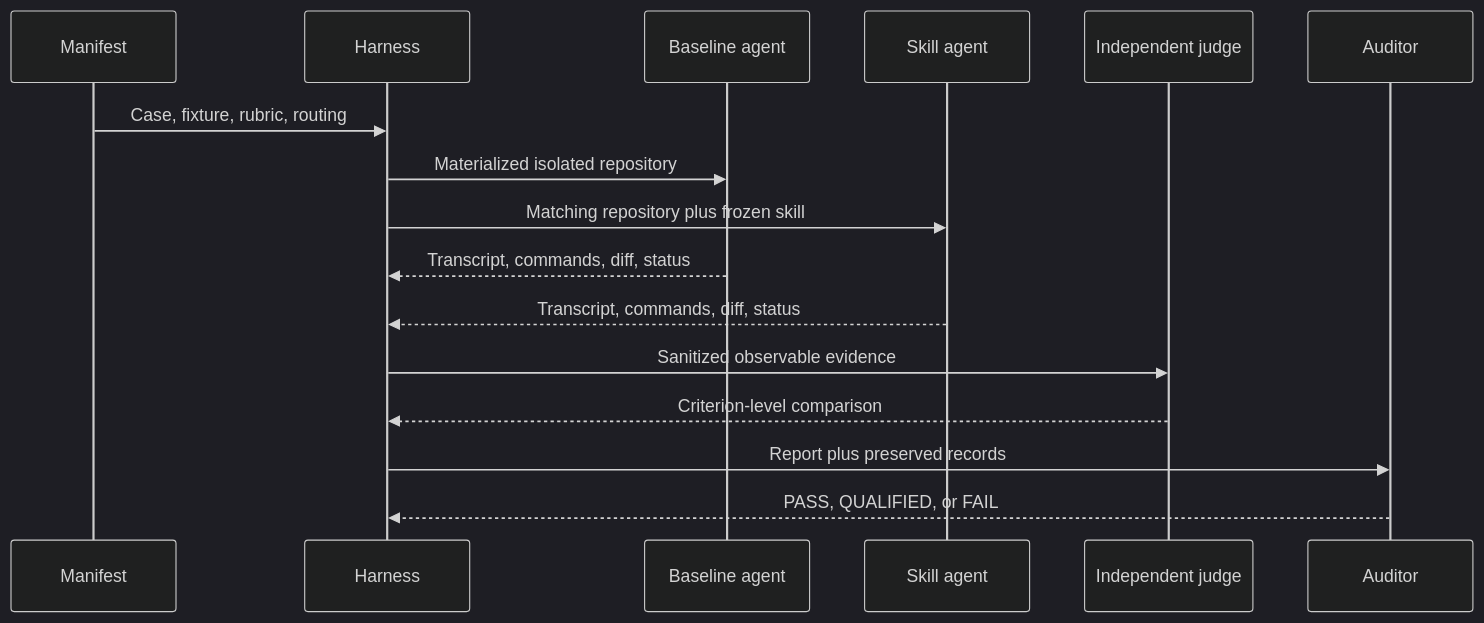
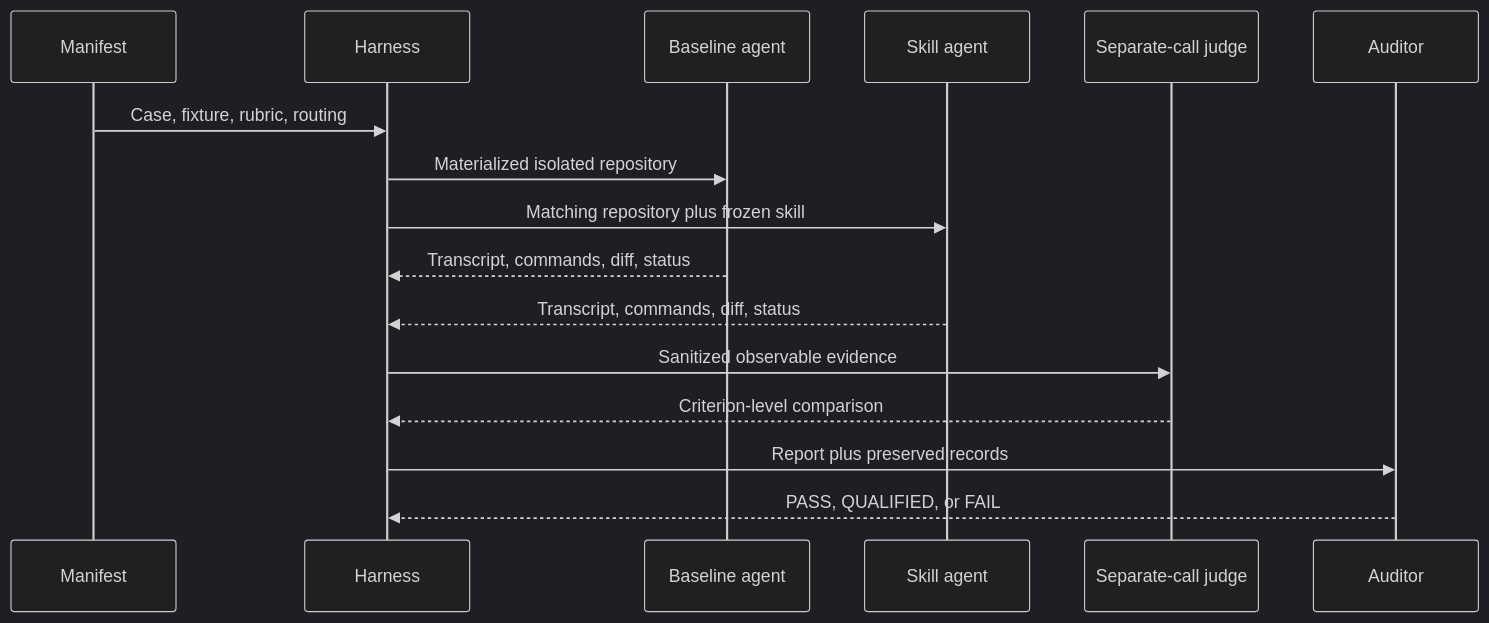
The diagram in evals/README.md (abdul-shaikh-dev/code-territory-guide), drawn with Mermaid (dark theme) before and after one commit. The commit also changed other lines of this file and 16 other files, not shown here.

````diff
--- a/evals/README.md
+++ b/evals/README.md
@@ -16,18 +18,18 @@
 ```mermaid
 sequenceDiagram
     participant M as Manifest
     participant H as Harness
     participant B as Baseline agent
     participant T as Skill agent
-    participant J as Independent judge
+    participant J as Separate-call judge
     participant A as Auditor
     M->>H: Case, fixture, rubric, routing
     H->>B: Materialized isolated repository
     H->>T: Matching repository plus frozen skill
     B-->>H: Transcript, commands, diff, status
     T-->>H: Transcript, commands, diff, status
     H->>J: Sanitized observable evidence
     J-->>H: Criterion-level comparison
     H->>A: Report plus preserved records
     A-->>H: PASS, QUALIFIED, or FAIL
 ```
````
